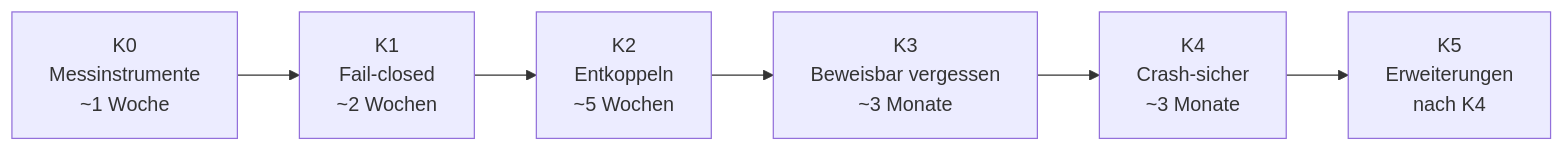
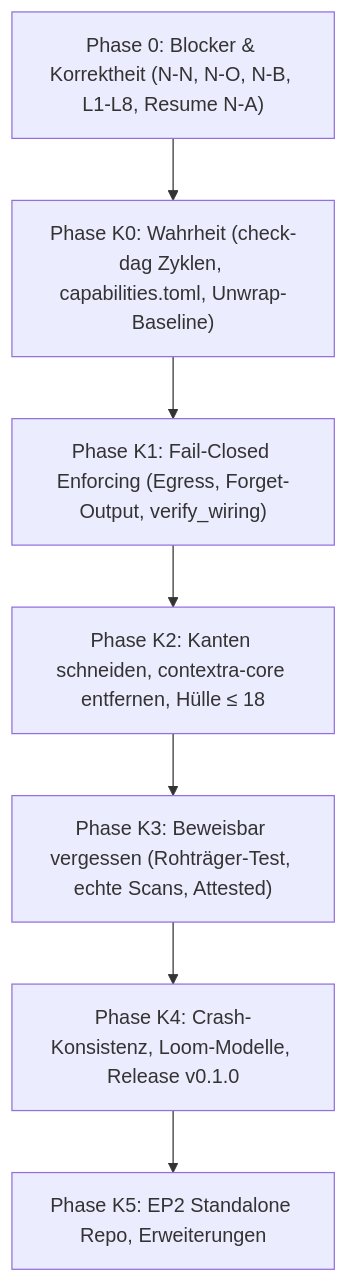
One commit to tfufuz1/contextra changed the second of 2 diagrams in docs/ARCHITECTURE_PLAN_v1.md. Above: the diagram before and after it, drawn with Mermaid. The commit also changed other lines of this file and 10 other files, not shown here.

````diff
--- a/docs/ARCHITECTURE_PLAN_v1.md
+++ b/docs/ARCHITECTURE_PLAN_v1.md
@@ -579,11 +613,10 @@
 ```mermaid
-flowchart LR
-    K0["K0\nMessinstrumente\n~1 Woche"]
-    K1["K1\nFail-closed\n~2 Wochen"]
-    K2["K2\nEntkoppeln\n~5 Wochen"]
-    K3["K3\nBeweisbar vergessen\n~3 Monate"]
-    K4["K4\nCrash-sicher\n~3 Monate"]
-    K5["K5\nErweiterungen\nnach K4"]
-
-    K0 --> K1 --> K2 --> K3 --> K4 --> K5
+flowchart TD
+    P0["Phase 0: Blocker & Korrektheit (N-N, N-O, N-B, L1-L8, Resume N-A)"] --> K0
+    K0["Phase K0: Wahrheit (check-dag Zyklen, capabilities.toml, Unwrap-Baseline)"] --> K1
+    K1["Phase K1: Fail-Closed Enforcing (Egress, Forget-Output, verify_wiring)"] --> K2
+    K2["Phase K2: Kanten schneiden, contextra-core entfernen, Hülle ≤ 18"] --> K3
+    K3["Phase K3: Beweisbar vergessen (Rohträger-Test, echte Scans, Attested)"] --> K4
+    K4["Phase K4: Crash-Konsistenz, Loom-Modelle, Release v0.1.0"] --> K5
+    K5["Phase K5: EP2 Standalone Repo, Erweiterungen"]
 ```
````
